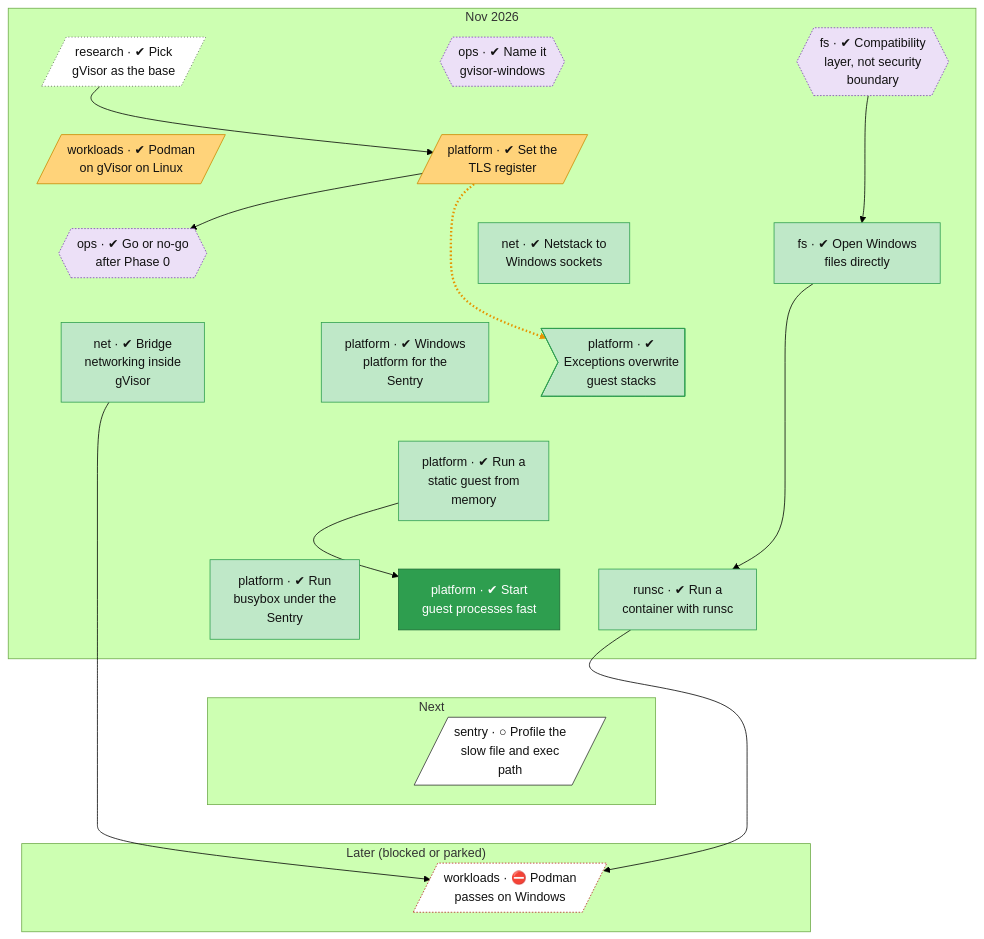
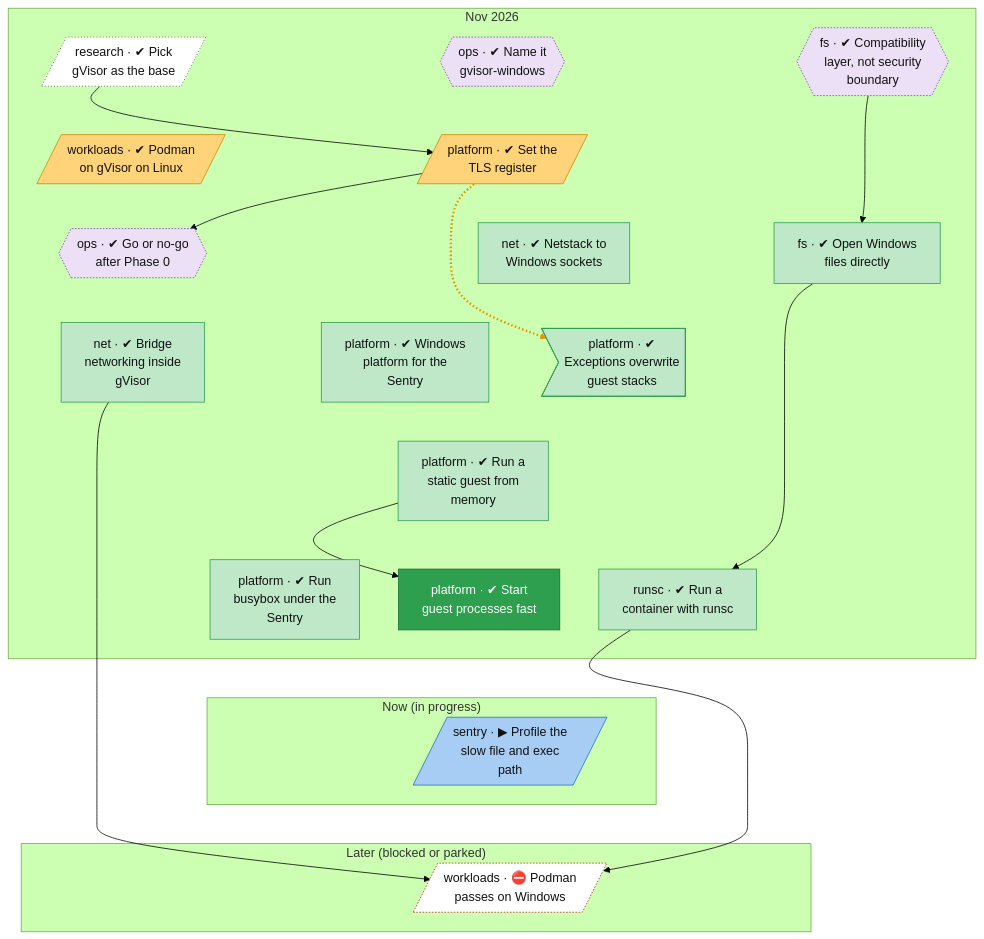
Before and after one commit to lhns/gvisor-windows: the second of 2 diagrams in docs/roadmap.md, drawn with Mermaid (forest theme). The commit also changed other lines of this file and 5 other files, not shown here.

````diff
--- a/docs/roadmap.md
+++ b/docs/roadmap.md
@@ -100,75 +100,75 @@
 ```mermaid
 flowchart TB
     subgraph bd_0["Nov 2026"]
         research_gvisor_base[/"research · ✔ Pick<br/>gVisor as the base"/]
         ops_name_and_fork{{"ops · ✔ Name it<br/>gvisor-windows"}}
         fs_compat_layer_not_boundary{{"fs · ✔ Compatibility<br/>layer, not security<br/>boundary"}}
         workloads_podman_on_gvisor_linux[/"workloads · ✔ Podman<br/>on gVisor on Linux"/]
         platform_tls_register[/"platform · ✔ Set the<br/>TLS register"/]
         ops_phase0_go_no_go{{"ops · ✔ Go or no-go<br/>after Phase 0"}}
         fs_windows_directfs["fs · ✔ Open Windows<br/>files directly"]
         net_netstack_windows_link["net · ✔ Netstack to<br/>Windows sockets"]
         net_bridge_networking["net · ✔ Bridge<br/>networking inside<br/>gVisor"]
         platform_veh_on_guest_stack_unsafe>"platform · ✔<br/>Exceptions overwrite<br/>guest stacks"]
         platform_winstub["platform · ✔ Windows<br/>platform for the<br/>Sentry"]
         platform_static_guest_from_memory["platform · ✔ Run a<br/>static guest from<br/>memory"]
         platform_fast_process_start["platform · ✔ Start<br/>guest processes fast"]
         runsc_container_on_windows["runsc · ✔ Run a<br/>container with runsc"]
         platform_busybox_on_windows["platform · ✔ Run<br/>busybox under the<br/>Sentry"]
     end
-    subgraph bd_1["Next"]
-        sentry_profile_small_file_path[/"sentry · ○ Profile the<br/>slow file and exec<br/>path"/]
+    subgraph bd_1["Now (in progress)"]
+        sentry_profile_small_file_path[/"sentry · ▶ Profile the<br/>slow file and exec<br/>path"/]
     end
     subgraph bd_2["Later (blocked or parked)"]
         workloads_podman_on_windows[/"workloads · ⛔ Podman<br/>passes on Windows"/]
     end
     research_gvisor_base ~~~ workloads_podman_on_gvisor_linux
     ops_name_and_fork ~~~ platform_tls_register
     fs_compat_layer_not_boundary ~~~ platform_tls_register
     workloads_podman_on_gvisor_linux ~~~ ops_phase0_go_no_go
     platform_tls_register ~~~ fs_windows_directfs
     platform_tls_register ~~~ net_netstack_windows_link
     ops_phase0_go_no_go ~~~ net_bridge_networking
     fs_windows_directfs ~~~ platform_veh_on_guest_stack_unsafe
     net_netstack_windows_link ~~~ platform_winstub
     net_bridge_networking ~~~ platform_static_guest_from_memory
     platform_veh_on_guest_stack_unsafe ~~~ platform_static_guest_from_memory
     platform_winstub ~~~ platform_static_guest_from_memory
     platform_static_guest_from_memory ~~~ platform_fast_process_start
     platform_static_guest_from_memory ~~~ runsc_container_on_windows
     platform_static_guest_from_memory ~~~ platform_busybox_on_windows
     platform_fast_process_start ~~~ sentry_profile_small_file_path
     runsc_container_on_windows ~~~ sentry_profile_small_file_path
     platform_busybox_on_windows ~~~ sentry_profile_small_file_path
     sentry_profile_small_file_path ~~~ workloads_podman_on_windows
     research_gvisor_base --> platform_tls_register
     platform_tls_register -.-> platform_veh_on_guest_stack_unsafe
     platform_tls_register --> ops_phase0_go_no_go
     fs_compat_layer_not_boundary --> fs_windows_directfs
     platform_static_guest_from_memory --> platform_fast_process_start
     fs_windows_directfs --> runsc_container_on_windows
     runsc_container_on_windows --> workloads_podman_on_windows
     net_bridge_networking --> workloads_podman_on_windows
     linkStyle 20 stroke:#e69500,stroke-width:3px,stroke-dasharray:2 3
     classDef vsucc fill:#2e9e4f,stroke:#1b6b34,color:#fff
     classDef succ fill:#bfe8c8,stroke:#2e9e4f,color:#111
     classDef mixed fill:#ffd37a,stroke:#c98a00,color:#111
     classDef bad fill:#f28b82,stroke:#b3261e,color:#111
     classDef dead fill:#e6e6e6,stroke:#777,stroke-dasharray:5 5,color:#555
     classDef inprog fill:#a8cdf5,stroke:#1f6fc5,color:#111
     classDef next fill:#fff,stroke:#333,color:#111
     classDef blocked fill:#fff,stroke:#b3261e,stroke-dasharray:2 2,color:#111
     classDef parked fill:#f3f3f3,stroke:#999,color:#555
     classDef unrated fill:#fff,stroke:#333,stroke-dasharray:1 3,color:#111
     classDef gate fill:#d9c2f0,stroke:#7b3fb5,color:#111
     classDef decided fill:#ece0f7,stroke:#7b3fb5,stroke-dasharray:2 2,color:#111
     classDef finding fill:#ffe0b2,stroke:#d84315,stroke-width:2px,color:#111
     classDef waiting fill:#e3f2fd,stroke:#1f6fc5,stroke-dasharray:5 5,color:#111
     class research_gvisor_base unrated
     class ops_name_and_fork,fs_compat_layer_not_boundary,ops_phase0_go_no_go decided
     class workloads_podman_on_gvisor_linux,platform_tls_register mixed
     class workloads_podman_on_windows blocked
     class runsc_container_on_windows,platform_winstub,platform_busybox_on_windows,fs_windows_directfs,net_netstack_windows_link,platform_static_guest_from_memory,net_bridge_networking,platform_veh_on_guest_stack_unsafe succ
     class platform_fast_process_start vsucc
-    class sentry_profile_small_file_path next
+    class sentry_profile_small_file_path inprog
 ```
````
